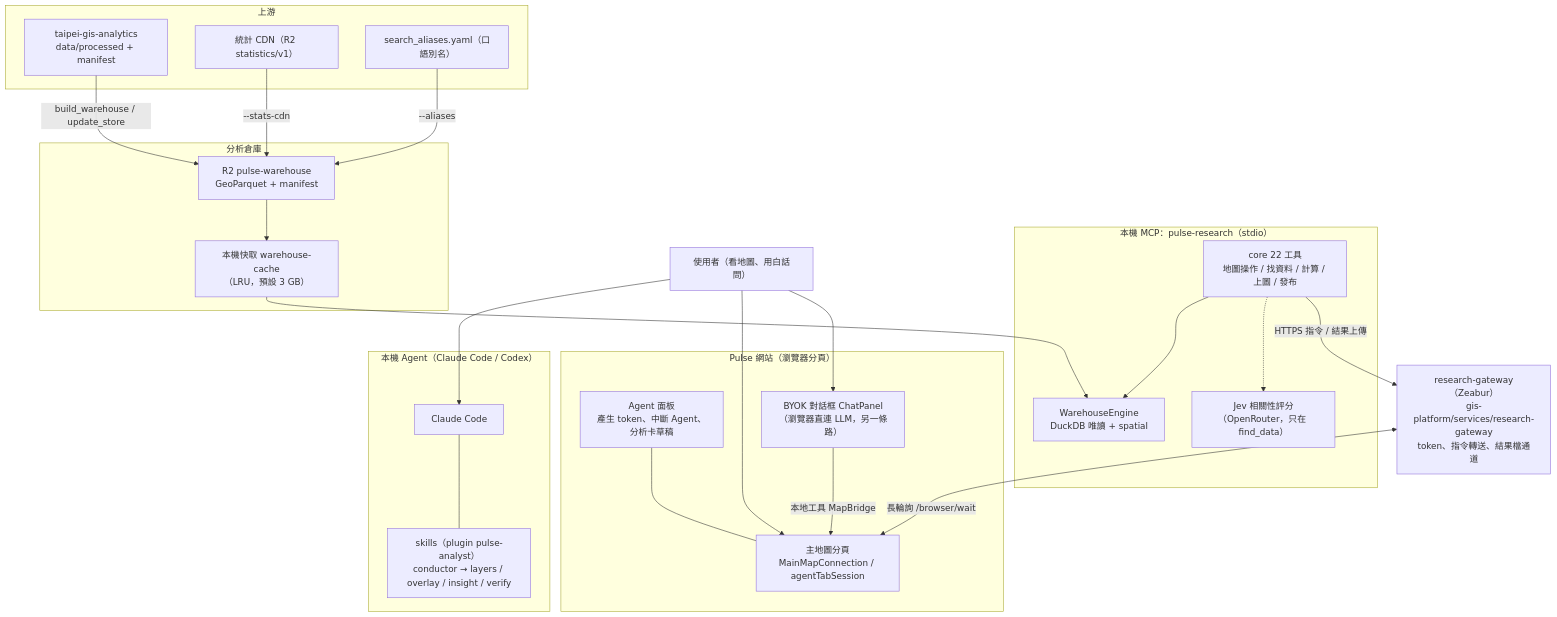
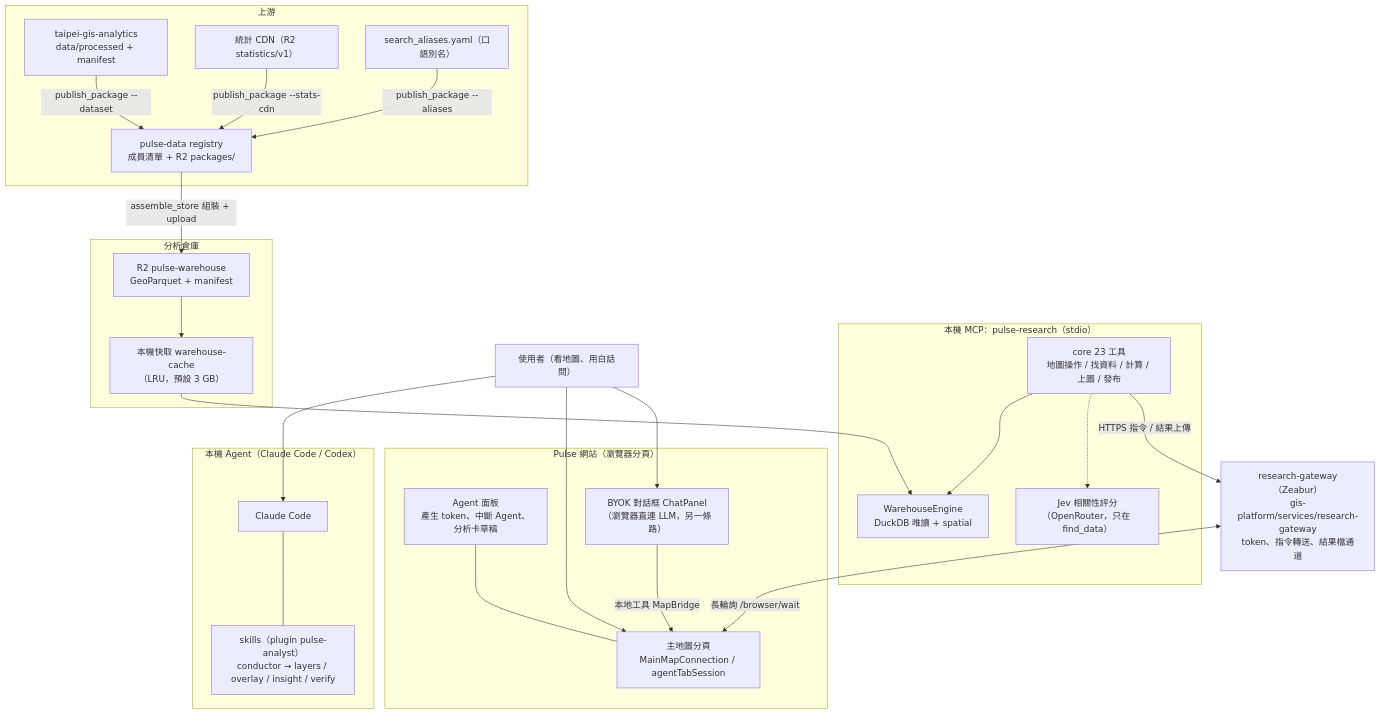
The first of 3 diagrams in docs/features/agent-research-workbench/ARCHITECTURE.md (ianlkl11234s/mini-taiwan-pulse), drawn with Mermaid before and after one commit. The commit also changed other lines of this file and 1 other file, not shown here.

First line of the commit message:
docs(agent): ARCHITECTURE 與 layer-onboarding 改指 ADR-0023 倉庫新流程

````diff
--- a/docs/features/agent-research-workbench/ARCHITECTURE.md
+++ b/docs/features/agent-research-workbench/ARCHITECTURE.md
@@ -26,49 +26,51 @@
 ```mermaid
 flowchart TB
     U["使用者（看地圖、用白話問）"]
 
     subgraph Agent["本機 Agent（Claude Code / Codex）"]
         CC["Claude Code"]
         SK["skills（plugin pulse-analyst）<br/>conductor → layers / overlay / insight / verify"]
         CC --- SK
     end
 
     subgraph MCP["本機 MCP：pulse-research（stdio）"]
-        T["core 22 工具<br/>地圖操作 / 找資料 / 計算 / 上圖 / 發布"]
+        T["core 23 工具<br/>地圖操作 / 找資料 / 計算 / 上圖 / 發布"]
         ENG["WarehouseEngine<br/>DuckDB 唯讀 + spatial"]
         JEV["Jev 相關性評分<br/>（OpenRouter，只在 find_data）"]
         T --> ENG
         T -.-> JEV
     end
 
     subgraph WH["分析倉庫"]
         R2["R2 pulse-warehouse<br/>GeoParquet + manifest"]
         CACHE["本機快取 warehouse-cache<br/>（LRU，預設 3 GB）"]
         R2 --> CACHE --> ENG
     end
 
     subgraph UP["上游"]
+        REG["pulse-data registry<br/>成員清單 + R2 packages/"]
         AN["taipei-gis-analytics<br/>data/processed + manifest"]
         CDN["統計 CDN（R2 statistics/v1）"]
         ALIAS["search_aliases.yaml（口語別名）"]
     end
-    AN -->|"build_warehouse / update_store"| R2
-    CDN -->|"--stats-cdn"| R2
-    ALIAS -->|"--aliases"| R2
+    AN -->|"publish_package --dataset"| REG
+    CDN -->|"publish_package --stats-cdn"| REG
+    ALIAS -->|"publish_package --aliases"| REG
+    REG -->|"assemble_store 組裝 + upload"| R2
 
     GW["research-gateway（Zeabur）<br/>gis-platform/services/research-gateway<br/>token、指令轉送、結果檔通道"]
 
     subgraph FE["Pulse 網站（瀏覽器分頁）"]
         MAP["主地圖分頁<br/>MainMapConnection / agentTabSession"]
         PANEL["Agent 面板<br/>產生 token、中斷 Agent、分析卡草稿"]
         BYOK["BYOK 對話框 ChatPanel<br/>（瀏覽器直連 LLM，另一條路）"]
     end
 
     U --> CC
     U --> MAP
     U --> BYOK
     T -->|"HTTPS 指令 / 結果上傳"| GW
     GW <-->|"長輪詢 /browser/wait"| MAP
     PANEL --- MAP
     BYOK -->|"本地工具 MapBridge"| MAP
 ```
````
